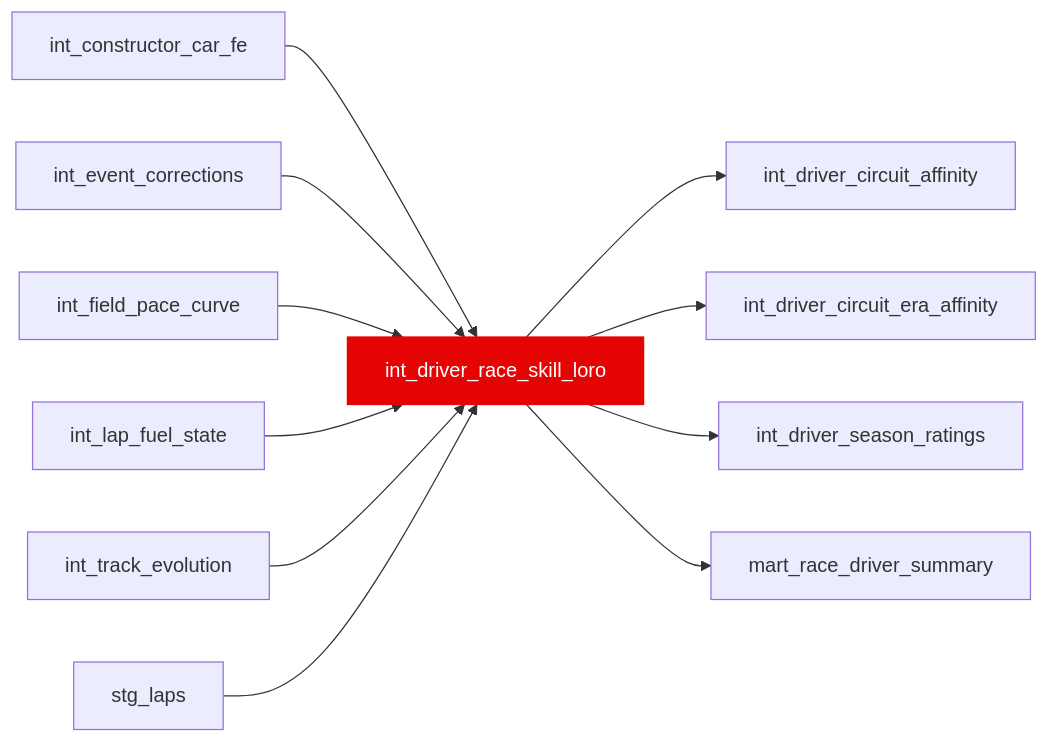
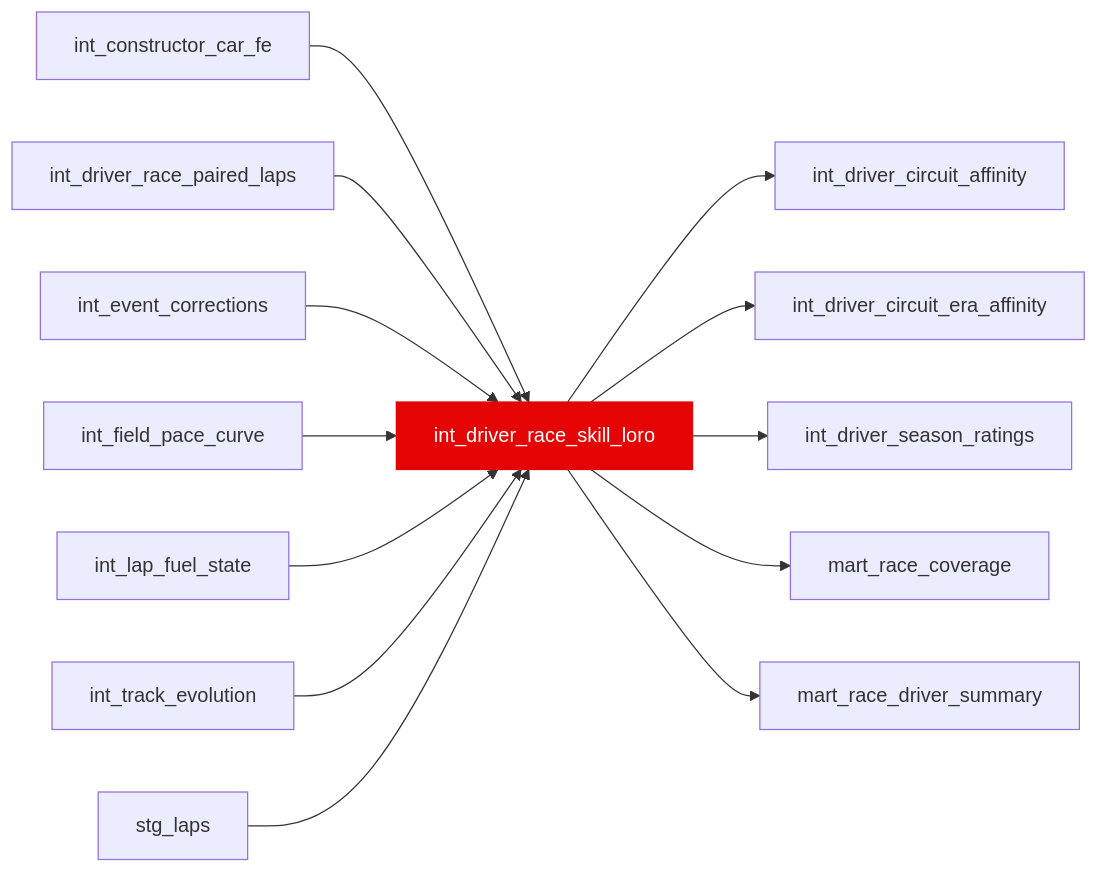
One commit to JustinClarke/off-the-pace changed the diagram in docs/reference/models/int/int_driver_race_skill_loro.mdx. Above: the diagram before and after it, drawn with Mermaid. The commit also changed other lines of this file and 286 other files, not shown here.

````diff
--- a/docs/reference/models/int/int_driver_race_skill_loro.mdx
+++ b/docs/reference/models/int/int_driver_race_skill_loro.mdx
@@ -15,14 +15,16 @@
 ```mermaid
 flowchart LR
   int_constructor_car_fe --> int_driver_race_skill_loro
+  int_driver_race_paired_laps --> int_driver_race_skill_loro
   int_event_corrections --> int_driver_race_skill_loro
   int_field_pace_curve --> int_driver_race_skill_loro
   int_lap_fuel_state --> int_driver_race_skill_loro
   int_track_evolution --> int_driver_race_skill_loro
   stg_laps --> int_driver_race_skill_loro
   int_driver_race_skill_loro --> int_driver_circuit_affinity
   int_driver_race_skill_loro --> int_driver_circuit_era_affinity
   int_driver_race_skill_loro --> int_driver_season_ratings
+  int_driver_race_skill_loro --> mart_race_coverage
   int_driver_race_skill_loro --> mart_race_driver_summary
   style int_driver_race_skill_loro fill:#e40404,stroke:#e40404,color:#fff
 ```
````
